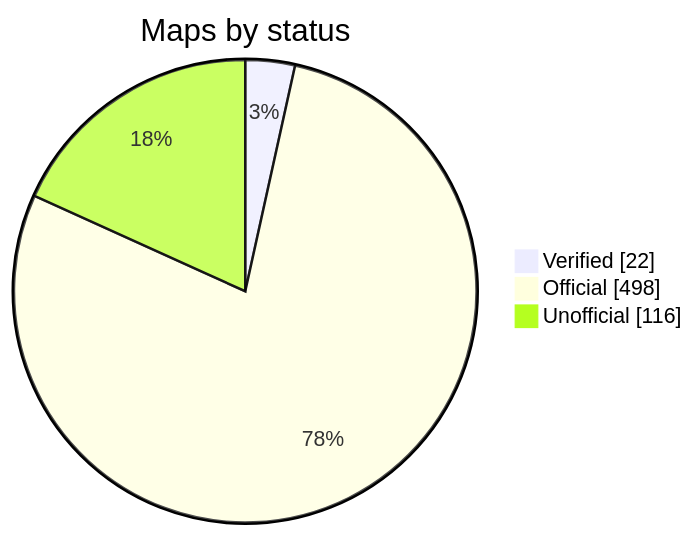
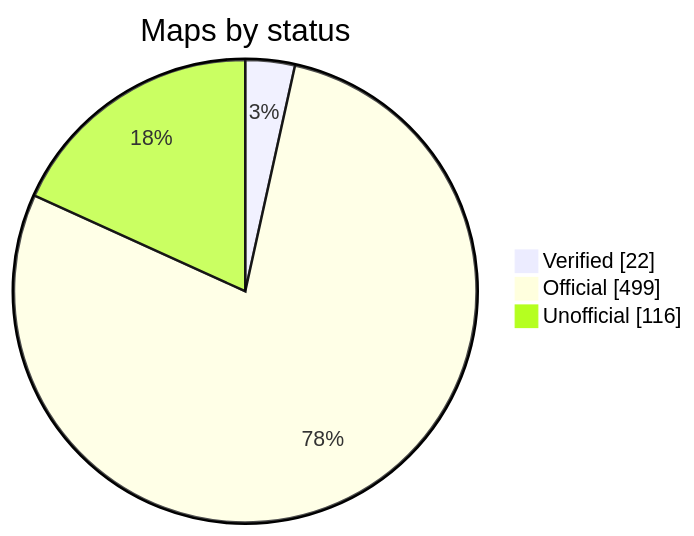
Before and after one commit to nobrega8/mbmap-library: the diagram in README.md, drawn with Mermaid. The commit also changed 6 other files, not shown here.

````diff
--- a/README.md
+++ b/README.md
@@ -52,7 +52,7 @@
 ```mermaid
 pie showData
     title Maps by status
     "Verified" : 22
-    "Official" : 498
+    "Official" : 499
     "Unofficial" : 116
 ```
````
